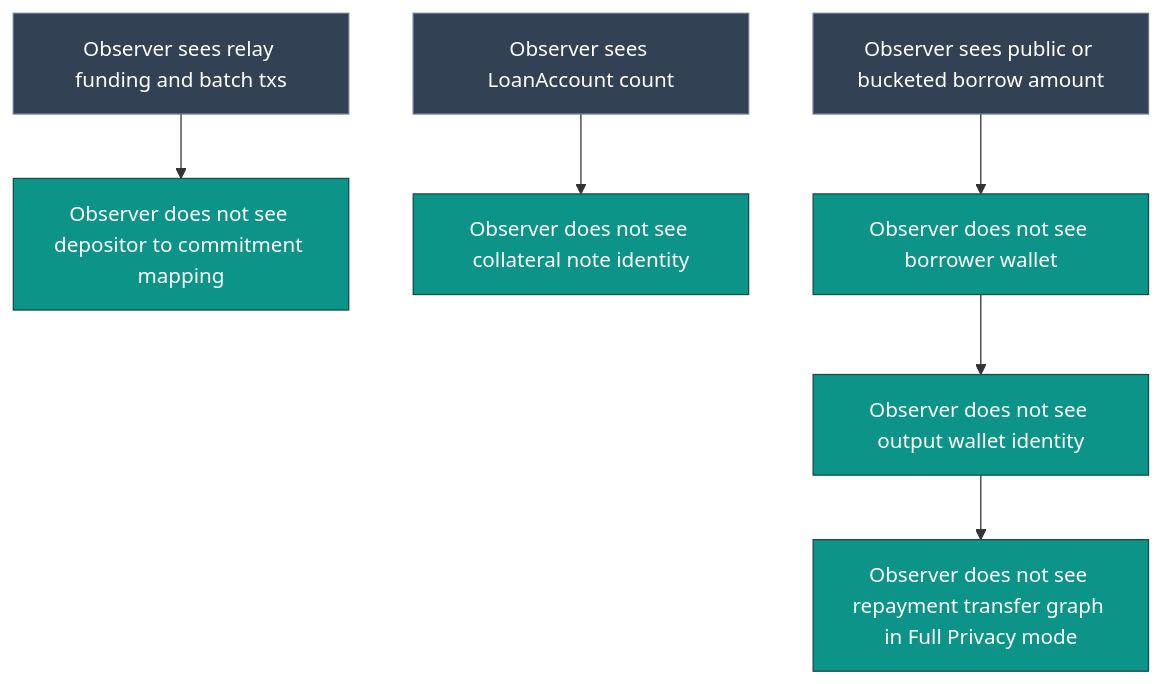
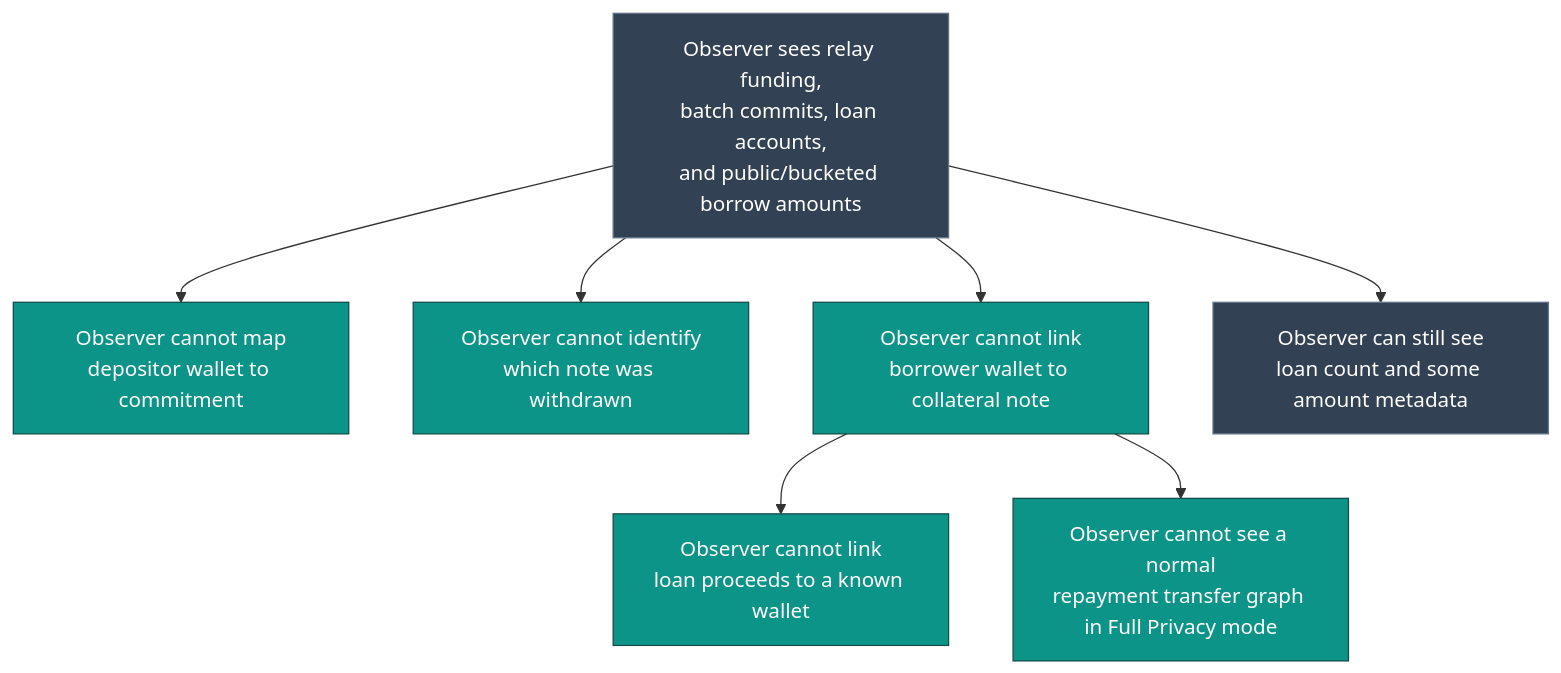
Before and after one commit to cryptosingheth/shieldlend: the eighth of 8 diagrams in docs/VISUAL_FLOWS.md, drawn with Mermaid. The commit also changed other lines of this file and 9 other files, not shown here.

Commit message:
docs: consolidate solana architecture docs

````diff
--- a/docs/VISUAL_FLOWS.md
+++ b/docs/VISUAL_FLOWS.md
@@ -183,20 +222,20 @@
 ```mermaid
 flowchart TD
     classDef seen fill:#334155,stroke:#64748b,color:#fff
     classDef hidden fill:#0d9488,stroke:#134e4a,color:#fff
 
-    A["Observer sees relay funding and batch txs"]:::seen
-    B["Observer sees LoanAccount count"]:::seen
-    C["Observer sees public or bucketed borrow amount"]:::seen
-    D["Observer does not see depositor to commitment mapping"]:::hidden
-    E["Observer does not see collateral note identity"]:::hidden
-    F["Observer does not see borrower wallet"]:::hidden
-    G["Observer does not see output wallet identity"]:::hidden
-    H["Observer does not see repayment transfer graph in Full Privacy mode"]:::hidden
+    A["Observer sees relay funding,<br/>batch commits, loan accounts,<br/>and public/bucketed borrow amounts"]:::seen
+    B["Observer cannot map<br/>depositor wallet to commitment"]:::hidden
+    C["Observer cannot identify<br/>which note was withdrawn"]:::hidden
+    D["Observer cannot link<br/>borrower wallet to collateral note"]:::hidden
+    E["Observer cannot link<br/>loan proceeds to a known wallet"]:::hidden
+    F["Observer cannot see a normal<br/>repayment transfer graph in Full Privacy mode"]:::hidden
+    G["Observer can still see<br/>loan count and some amount metadata"]:::seen
 
+    A --> B
+    A --> C
     A --> D
-    B --> E
-    C --> F
-    F --> G
-    G --> H
+    D --> E
+    D --> F
+    A --> G
 ```
````
